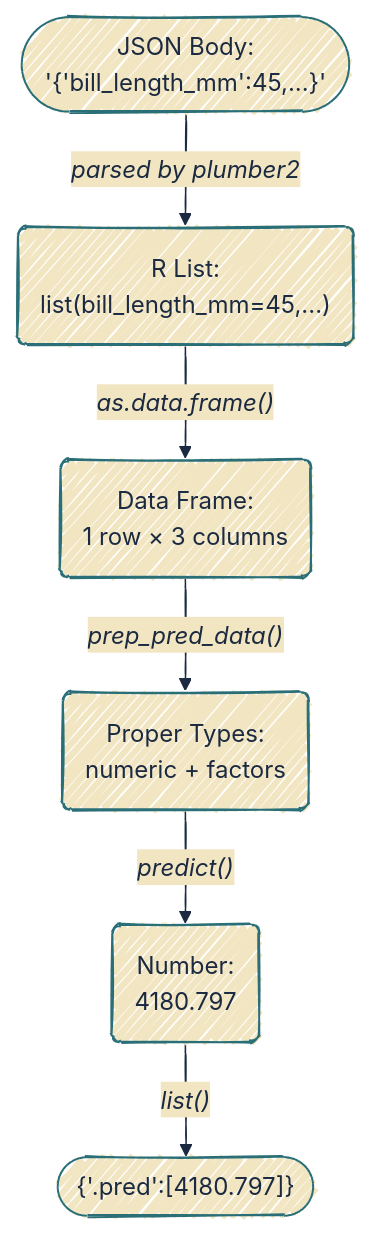
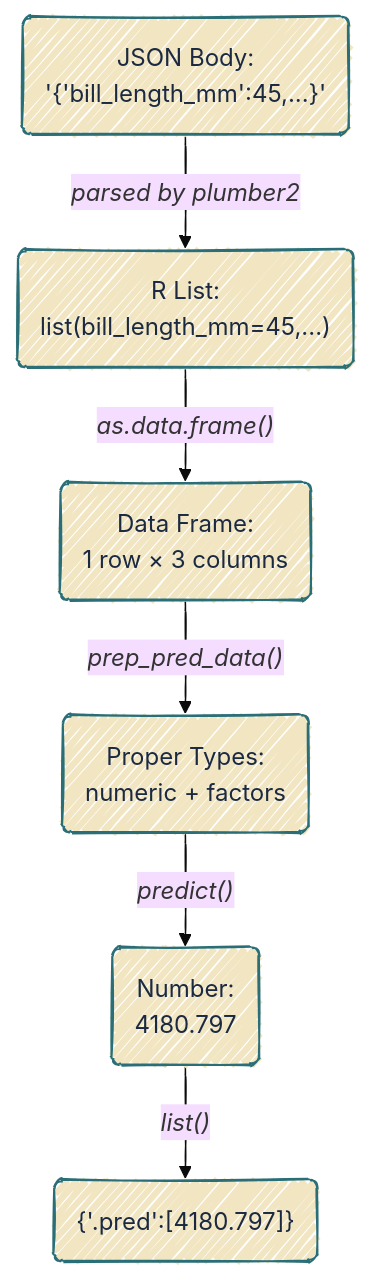
One commit to mjfrigaard/do4ds-labs changed the fourth of 7 diagrams in plumber2.qmd. Above: the diagram before and after it, drawn with Mermaid. The commit also changed other lines of this file and 37 other files, not shown here.

Commit message:
updates to mermaid

````diff
--- a/plumber2.qmd
+++ b/plumber2.qmd
@@ -567,18 +576,19 @@
 ```{mermaid}
 %%| fig-width: 7.0
 %%| fig-align: center
-%%{init: {'theme': 'base', 'look': 'handDrawn', 'themeVariables': { 'fontFamily': 'monospace', 'primaryColor': '#F2E6C2', 'primaryBorderColor': '#2A6F77', 'primaryTextColor': '#1B2A41', 'secondaryColor': '#d4e7e4', 'tertiaryColor': '#f5f0e4', 'lineColor': '#1B2A41', 'edgeLabelBackground': '#F2E6C2'}}}%%
+%%{init: {'theme': 'base', 'look': 'handDrawn', 'themeVariables': {'fontFamily': 'monospace'}}}%%
 
 graph TB
-    JSON(["JSON Body: <br/>'{'bill_length_mm':45,...}'"])
+    JSON("JSON Body: <br>'{'bill_length_mm':45,...}'")
 
-    JSON -->|"<em>parsed by plumber2</em>"| Body("R List:<br/>list(bill_length_mm=45,...)")
+    JSON -->|"<em>parsed by plumber2</em>"| Body("R List:<br>list(bill_length_mm=45,...)")
 
-    Body -->|"<em>as.data.frame()</em>"| DF("Data Frame:<br/>1 row × 3 columns")
+    Body -->|"<em>as.data.frame()</em>"| DF("Data Frame:<br>1 row × 3 columns")
 
-    DF -->|"<em>prep_pred_data()</em>"| Factors("Proper Types:<br/>numeric + factors")
+    DF -->|"<em>prep_pred_data()</em>"| Factors("Proper Types:<br>numeric + factors")
 
-    Factors -->|"<em>predict()</em>"| Result("Number:<br/>4180.797")
+    Factors -->|"<em>predict()</em>"| Result("Number:<br>4180.797")
 
-    Result -->|"<em>list()</em>"| Response(["{'.pred':[4180.797]}"])
+    Result -->|"<em>list()</em>"| Response("{'.pred':[4180.797]}")
+    classDef default fill:#F2E6C2,stroke:#2A6F77,color:#1B2A41
 ```
````
